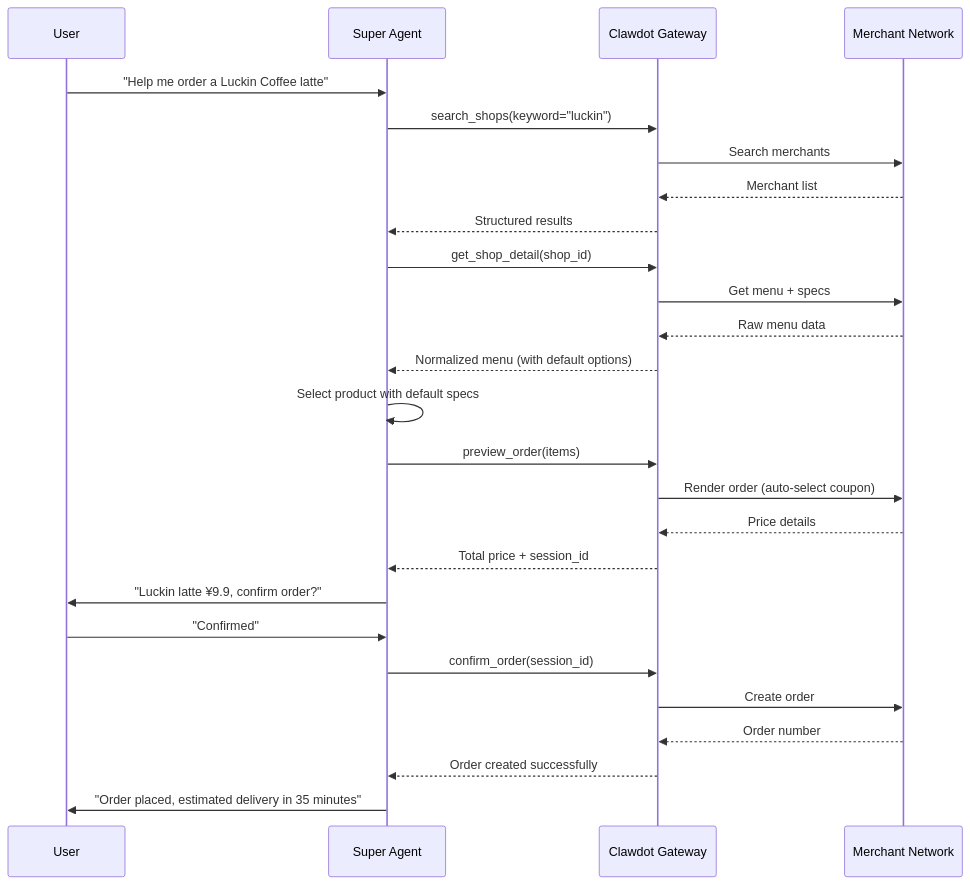
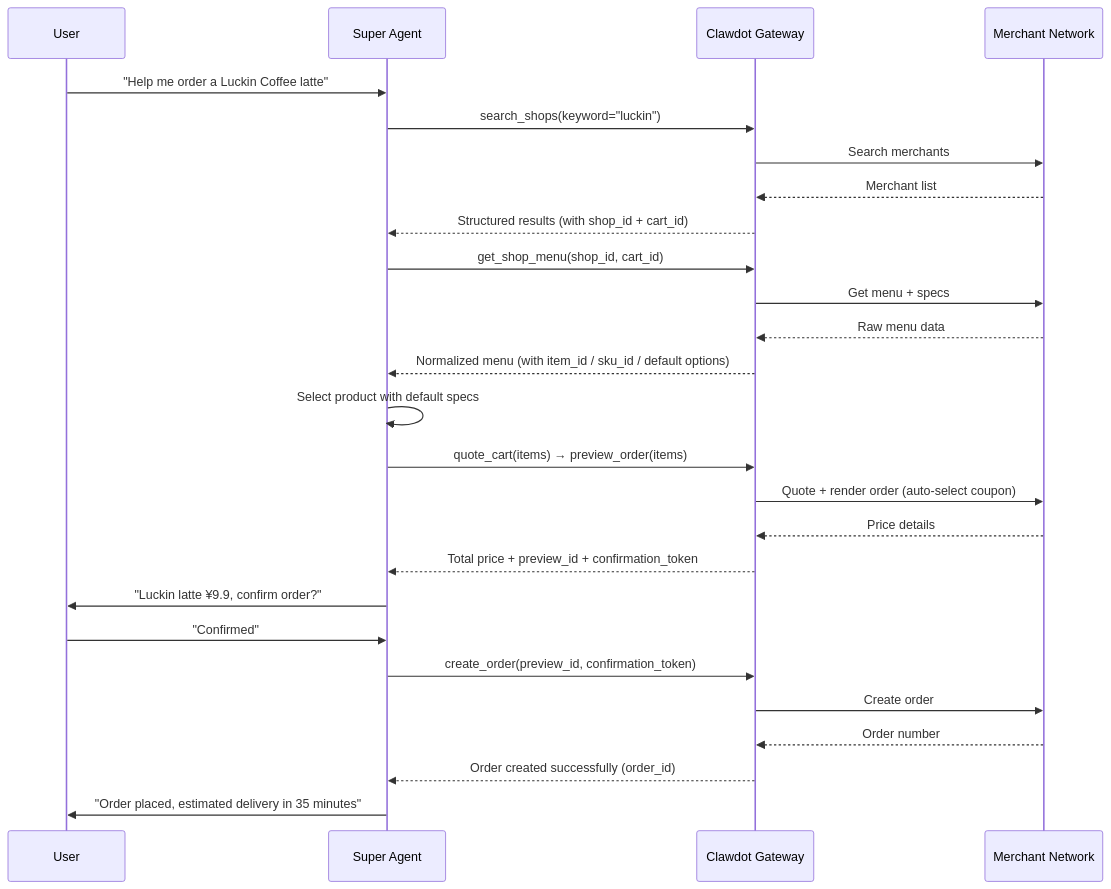
One commit to clawdot/docs changed the first of 2 diagrams in en/super-agent/how-it-works.mdx. Above: the diagram before and after it, drawn with Mermaid. The commit also changed other lines of this file and 20 other files, not shown here.

````diff
--- a/en/super-agent/how-it-works.mdx
+++ b/en/super-agent/how-it-works.mdx
@@ -10,32 +10,32 @@
 ```mermaid
 sequenceDiagram
   participant User as User
   participant Agent as Super Agent
   participant GW as Clawdot Gateway
   participant Platform as Merchant Network
 
   User->>Agent: "Help me order a Luckin Coffee latte"
   Agent->>GW: search_shops(keyword="luckin")
   GW->>Platform: Search merchants
   Platform-->>GW: Merchant list
-  GW-->>Agent: Structured results
+  GW-->>Agent: Structured results (with shop_id + cart_id)
 
-  Agent->>GW: get_shop_detail(shop_id)
+  Agent->>GW: get_shop_menu(shop_id, cart_id)
   GW->>Platform: Get menu + specs
   Platform-->>GW: Raw menu data
-  GW-->>Agent: Normalized menu (with default options)
+  GW-->>Agent: Normalized menu (with item_id / sku_id / default options)
 
   Agent->>Agent: Select product with default specs
-  Agent->>GW: preview_order(items)
-  GW->>Platform: Render order (auto-select coupon)
+  Agent->>GW: quote_cart(items) → preview_order(items)
+  GW->>Platform: Quote + render order (auto-select coupon)
   Platform-->>GW: Price details
-  GW-->>Agent: Total price + session_id
+  GW-->>Agent: Total price + preview_id + confirmation_token
 
   Agent->>User: "Luckin latte ¥9.9, confirm order?"
   User->>Agent: "Confirmed"
-  Agent->>GW: confirm_order(session_id)
+  Agent->>GW: create_order(preview_id, confirmation_token)
   GW->>Platform: Create order
   Platform-->>GW: Order number
-  GW-->>Agent: Order created successfully
+  GW-->>Agent: Order created successfully (order_id)
   Agent->>User: "Order placed, estimated delivery in 35 minutes"
 ```
````
